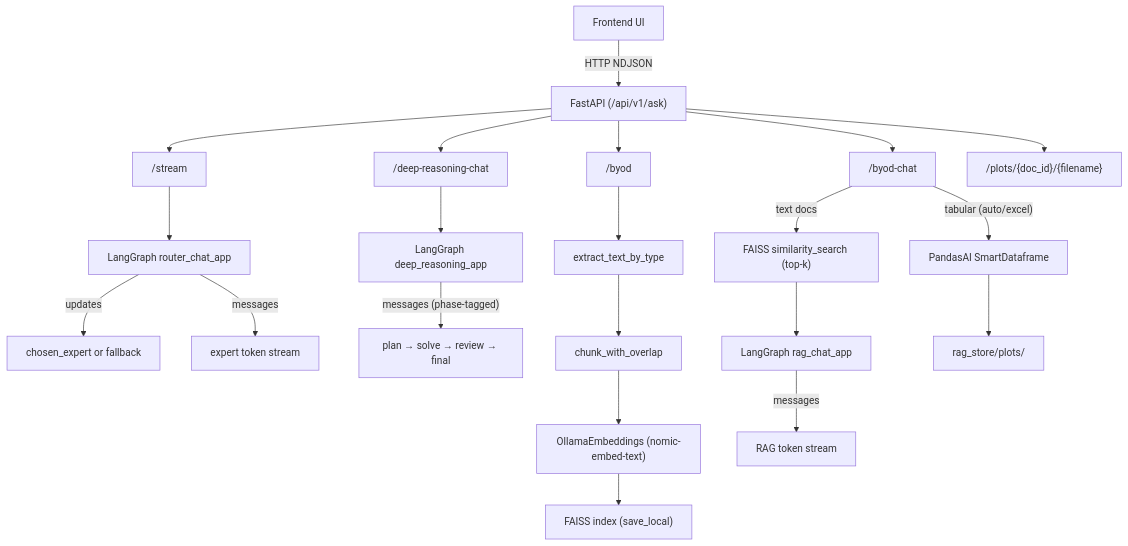
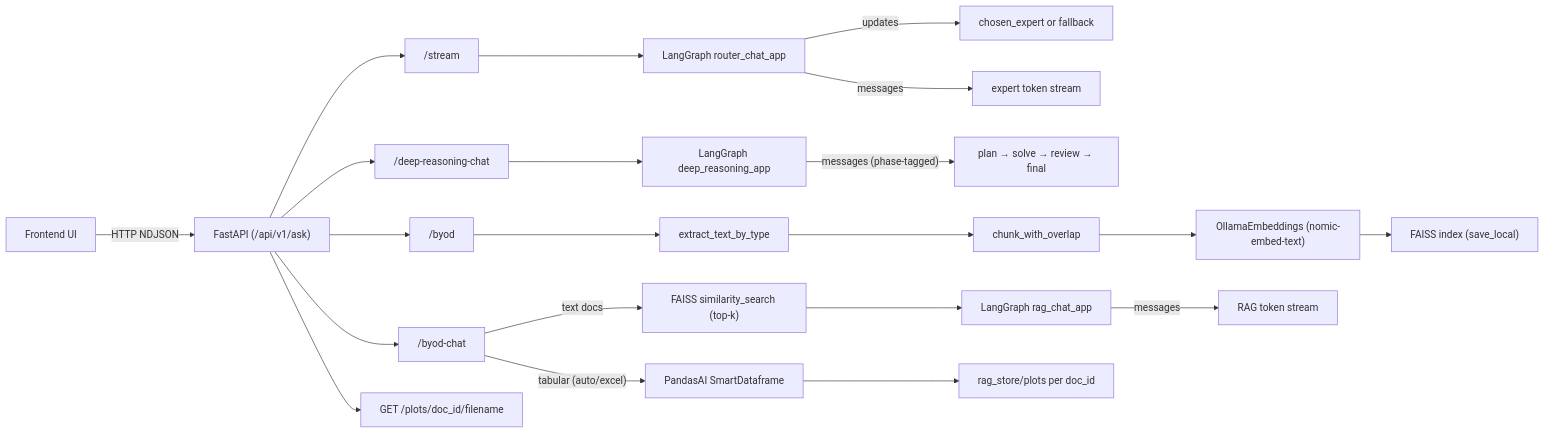
The first of 2 diagrams in MEDIUM_ARTICLE.md (aneshr/council_of_experts), drawn with Mermaid before and after one commit. The commit also changed other lines of this file and 1 other file, not shown here.

Commit message:
Docs: use horizontal (LR) Mermaid for architecture diagrams
Made-with: Cursor

````diff
--- a/MEDIUM_ARTICLE.md
+++ b/MEDIUM_ARTICLE.md
@@ -43,23 +43,23 @@
 ```mermaid
-flowchart TD
+flowchart LR
   Frontend["Frontend UI"] -->|"HTTP NDJSON"| API["FastAPI (/api/v1/ask)"]
   API --> StreamEndpoint["/stream"]
   StreamEndpoint --> RouterGraph["LangGraph router_chat_app"]
   RouterGraph -->|"updates"| Updates["chosen_expert or fallback"]
   RouterGraph -->|"messages"| ExpertTokens["expert token stream"]
   API --> DeepReasoningEndpoint["/deep-reasoning-chat"]
   DeepReasoningEndpoint --> DeepReasoningGraph["LangGraph deep_reasoning_app"]
   DeepReasoningGraph -->|"messages (phase-tagged)"| DeepTokens["plan → solve → review → final"]
   API --> ByodEndpoint["/byod"]
   ByodEndpoint --> Extract["extract_text_by_type"]
   Extract --> Chunk["chunk_with_overlap"]
   Chunk --> Embed["OllamaEmbeddings (nomic-embed-text)"]
   Embed --> Faiss["FAISS index (save_local)"]
   API --> ByodChatEndpoint["/byod-chat"]
   ByodChatEndpoint -->|"text docs"| Retrieve["FAISS similarity_search (top-k)"]
   Retrieve --> RagGraph["LangGraph rag_chat_app"]
   RagGraph -->|"messages"| RagTokens["RAG token stream"]
   ByodChatEndpoint -->|"tabular (auto/excel)"| PandasAI["PandasAI SmartDataframe"]
-  PandasAI --> Plots["rag_store/plots/<doc_id>"]
-  API --> PlotServe["/plots/{doc_id}/{filename}"]
+  PandasAI --> Plots["rag_store/plots per doc_id"]
+  API --> PlotServe["GET /plots/doc_id/filename"]
 ```
````
